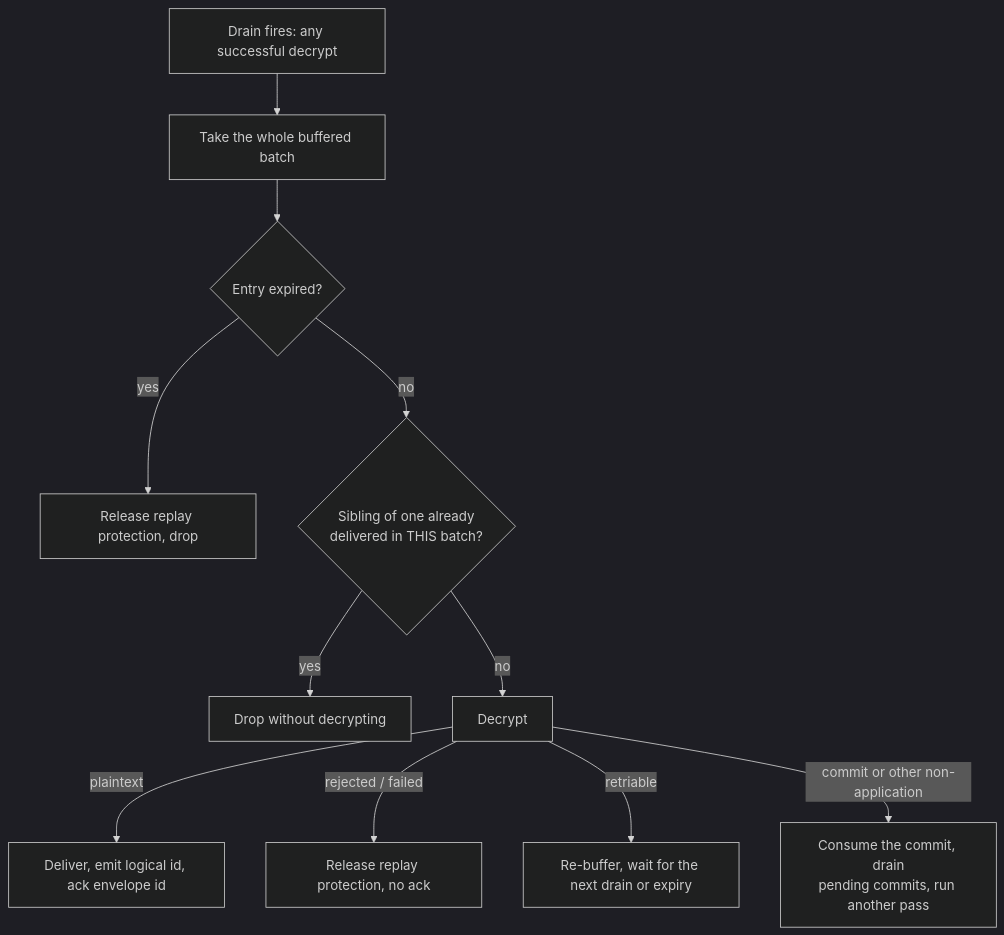
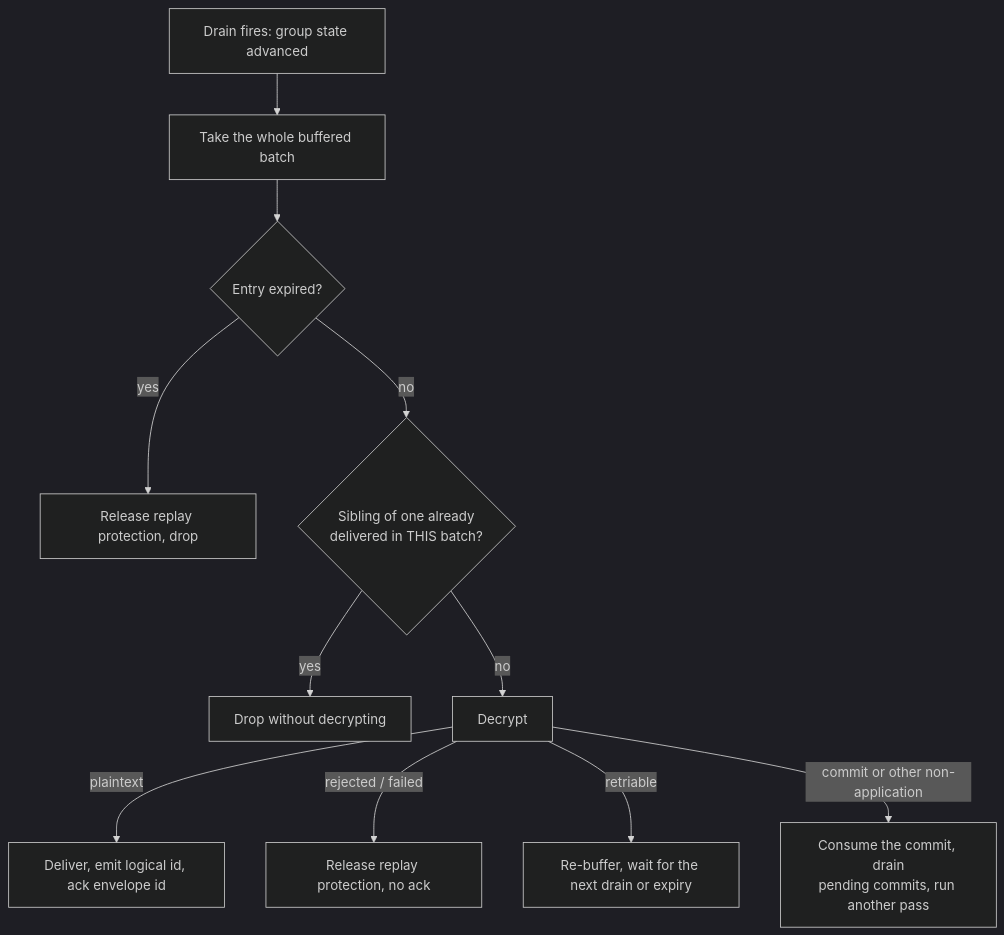
One commit to Offline-Protocol/offline-protocol-sdk changed the third of 4 diagrams in docs/state-machines/group-message-lifecycle.md. Above: the diagram before and after it, drawn with Mermaid (dark theme). The commit also changed other lines of this file and 13 other files, not shown here.

````diff
--- a/docs/state-machines/group-message-lifecycle.md
+++ b/docs/state-machines/group-message-lifecycle.md
@@ -146,13 +154,13 @@
 ```mermaid
 flowchart TD
-    D[Drain fires: any successful decrypt] --> B[Take the whole buffered batch]
+    D[Drain fires: group state advanced] --> B[Take the whole buffered batch]
     B --> E{Entry expired?}
     E -->|yes| X[Release replay protection, drop]
     E -->|no| S{Sibling of one already<br/>delivered in THIS batch?}
     S -->|yes| Y[Drop without decrypting]
     S -->|no| C[Decrypt]
     C -->|plaintext| DL[Deliver, emit logical id, ack envelope id]
     C -->|rejected / failed| R[Release replay protection, no ack]
     C -->|retriable| RB[Re-buffer, wait for the next drain or expiry]
     C -->|commit or other non-application| NA[Consume the commit, drain<br/>pending commits, run another pass]
 ```
````
